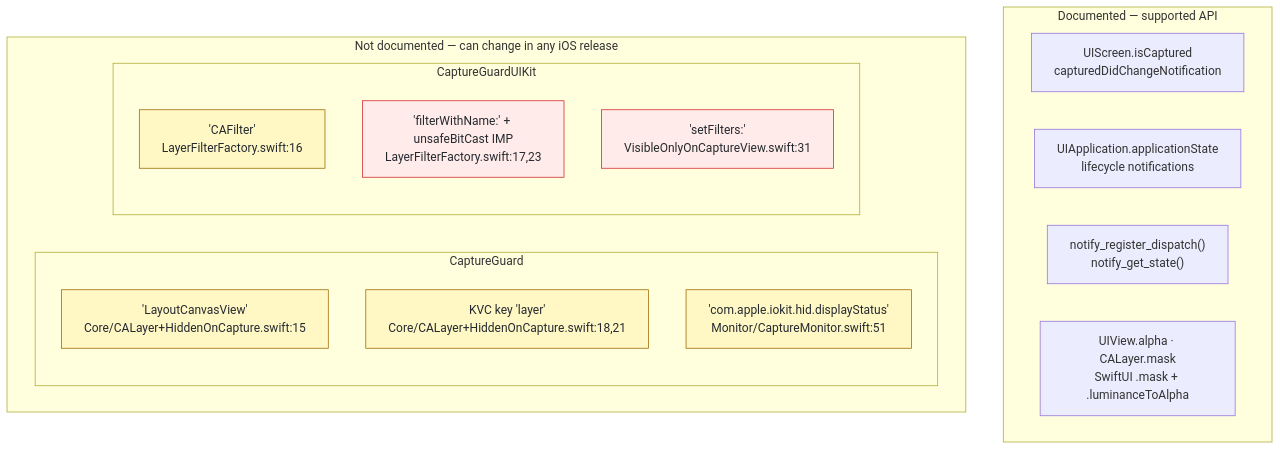
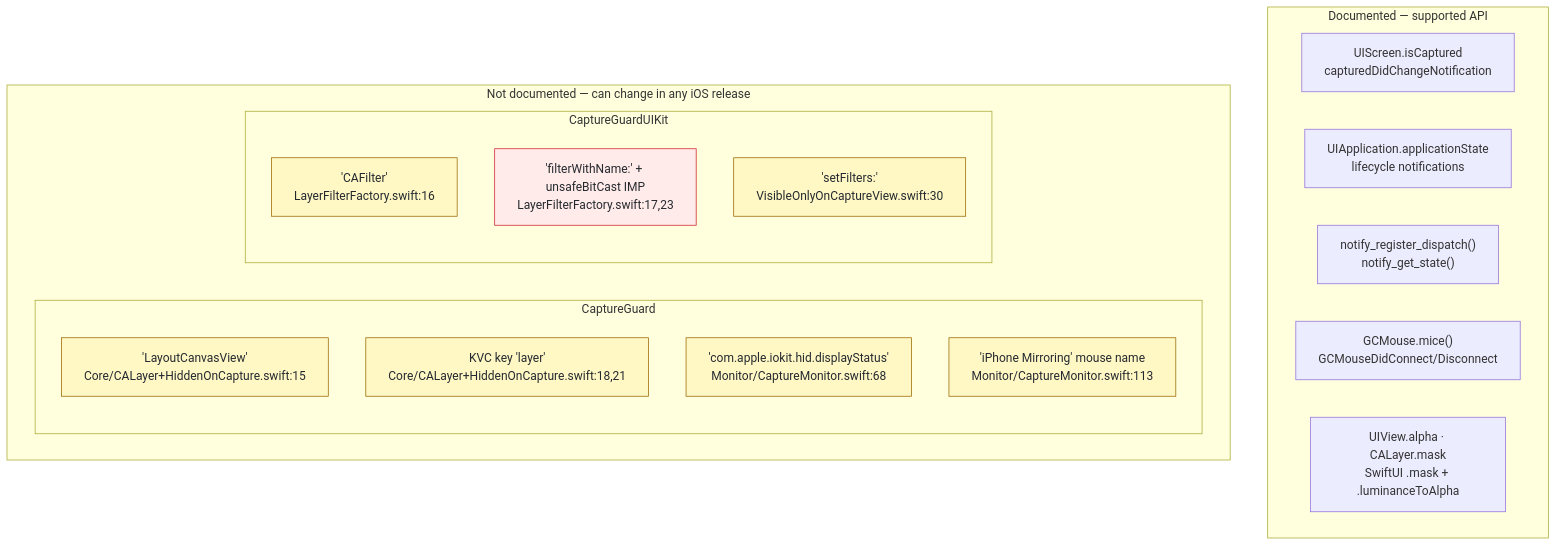
The sixth of 6 diagrams in docs/how-it-works.md (SloMR/CaptureGuard), drawn with Mermaid before and after one commit. The commit also changed other lines of this file and 1 other file, not shown here.

Commit message:
Document the mirroring mouse and the signals that failed

````diff
--- a/docs/how-it-works.md
+++ b/docs/how-it-works.md
@@ -243,27 +269,29 @@
 ```mermaid
 flowchart TB
     subgraph DOC["Documented — supported API"]
         D1["UIScreen.isCaptured<br/>capturedDidChangeNotification"]
         D2["UIApplication.applicationState<br/>lifecycle notifications"]
         D3["notify_register_dispatch()<br/>notify_get_state()"]
+        D5["GCMouse.mice()<br/>GCMouseDidConnect/Disconnect"]
         D4["UIView.alpha · CALayer.mask<br/>SwiftUI .mask + .luminanceToAlpha"]
     end
 
     subgraph UND["Not documented — can change in any iOS release"]
         subgraph A["CaptureGuard"]
             U1["'LayoutCanvasView'<br/>Core/CALayer+HiddenOnCapture.swift:15"]
             U2["KVC key 'layer'<br/>Core/CALayer+HiddenOnCapture.swift:18,21"]
-            U3["'com.apple.iokit.hid.displayStatus'<br/>Monitor/CaptureMonitor.swift:51"]
+            U3["'com.apple.iokit.hid.displayStatus'<br/>Monitor/CaptureMonitor.swift:68"]
+            U7["'iPhone Mirroring' mouse name<br/>Monitor/CaptureMonitor.swift:113"]
         end
         subgraph B["CaptureGuardUIKit"]
             U4["'CAFilter'<br/>LayerFilterFactory.swift:16"]
             U5["'filterWithName:' + unsafeBitCast IMP<br/>LayerFilterFactory.swift:17,23"]
-            U6["'setFilters:'<br/>VisibleOnlyOnCaptureView.swift:31"]
+            U6["'setFilters:'<br/>VisibleOnlyOnCaptureView.swift:30"]
         end
     end
 
     classDef silent fill:#fff8c5,stroke:#9a6700,color:#24292f
     classDef raises fill:#ffebe9,stroke:#cf222e,color:#24292f
-    class U1,U2,U3,U4 silent
-    class U5,U6 raises
+    class U1,U2,U3,U4,U6,U7 silent
+    class U5 raises
 ```
````
